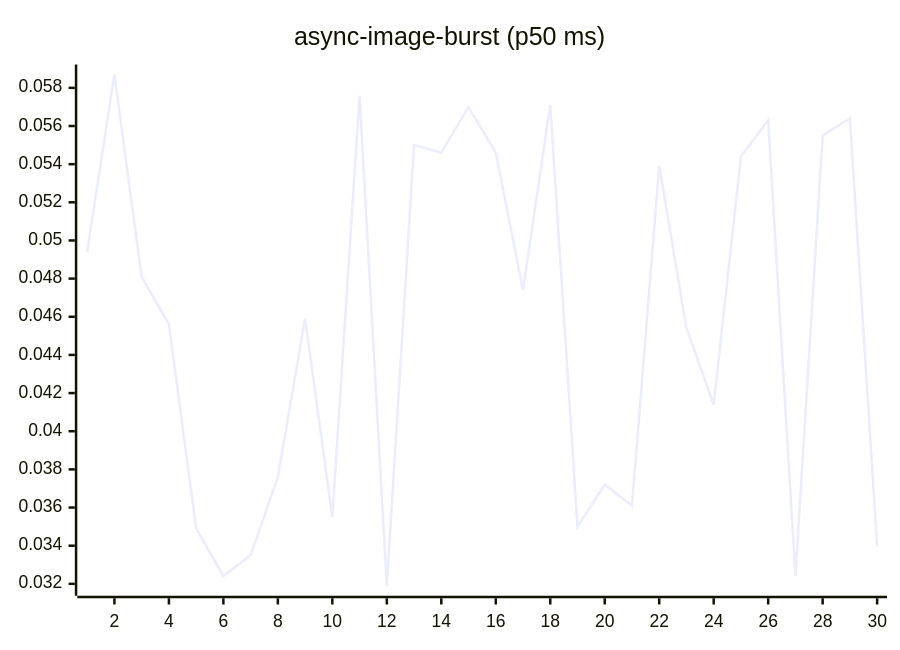
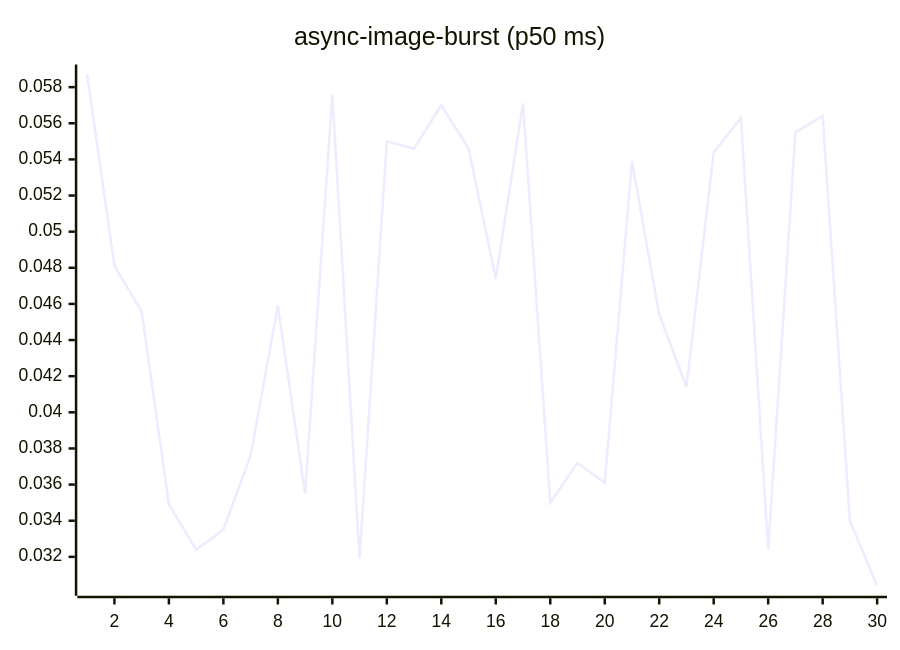
Before and after one commit to josha/Facet: the fourth of 27 diagrams in README.md, drawn with Mermaid. The commit also changed other lines of this file and 2 other files, not shown here.

````diff
--- a/README.md
+++ b/README.md
@@ -84,6 +84,6 @@
 ```mermaid
 xychart-beta
     title "async-image-burst (p50 ms)"
     x-axis 1 --> 30
-    line [0.0494, 0.0587, 0.0481, 0.0456, 0.0349, 0.0324, 0.0335, 0.0376, 0.0459, 0.0355, 0.0576, 0.0319, 0.0550, 0.0546, 0.0570, 0.0546, 0.0474, 0.0571, 0.0350, 0.0372, 0.0361, 0.0539, 0.0454, 0.0414, 0.0544, 0.0563, 0.0324, 0.0555, 0.0564, 0.0340]
+    line [0.0587, 0.0481, 0.0456, 0.0349, 0.0324, 0.0335, 0.0376, 0.0459, 0.0355, 0.0576, 0.0319, 0.0550, 0.0546, 0.0570, 0.0546, 0.0474, 0.0571, 0.0350, 0.0372, 0.0361, 0.0539, 0.0454, 0.0414, 0.0544, 0.0563, 0.0324, 0.0555, 0.0564, 0.0340, 0.0304]
 ```
````
